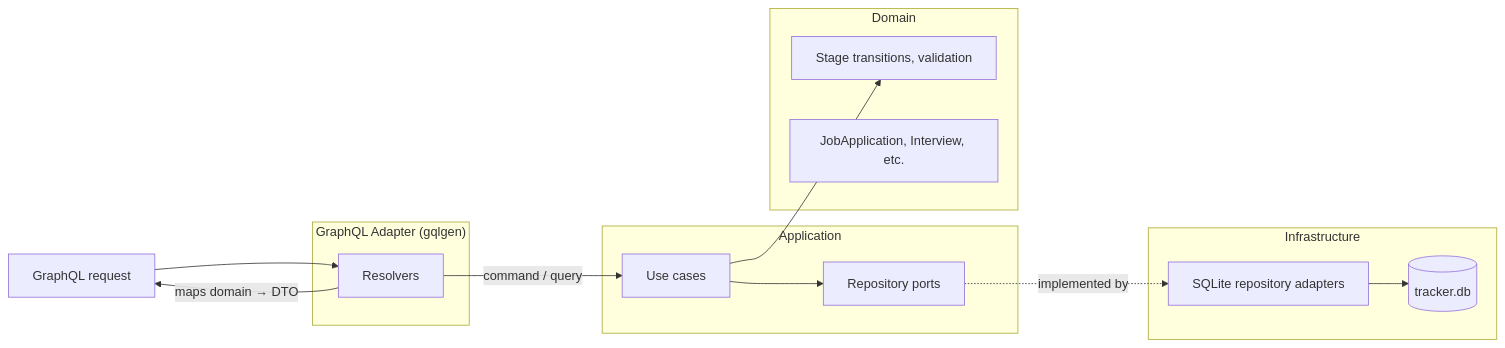
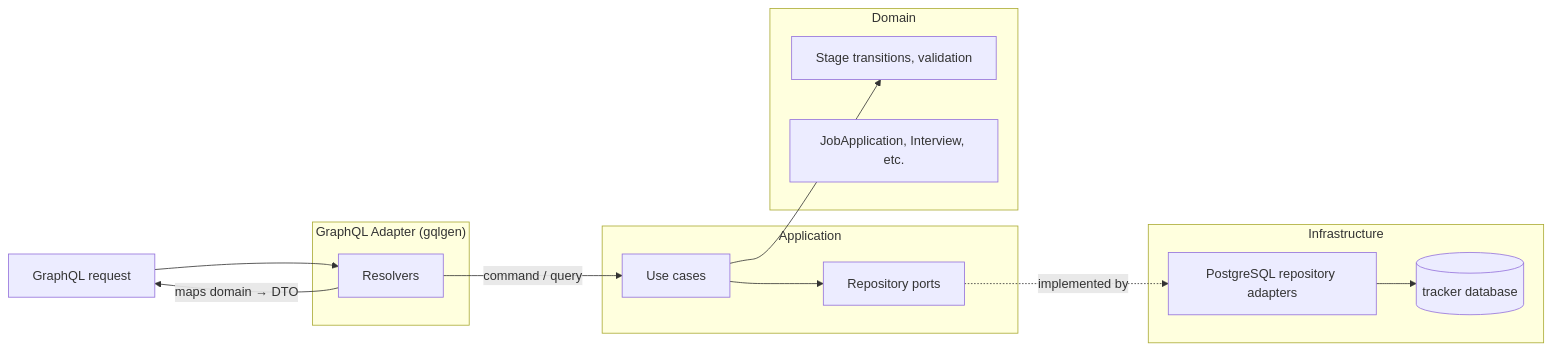
Before and after one commit to tonirilix/career-pipeline: the second of 3 diagrams in README.md, drawn with Mermaid. The commit also changed other lines of this file and 11 other files, not shown here.

````diff
--- a/README.md
+++ b/README.md
@@ -64,31 +66,31 @@
 ```mermaid
 flowchart LR
   GQL[GraphQL request]
 
   subgraph GraphQL["GraphQL Adapter (gqlgen)"]
     Resolver[Resolvers]
   end
 
   subgraph Application
     UseCases[Use cases]
     Ports[Repository ports]
   end
 
   subgraph Domain
     DomainRules[Stage transitions, validation]
     DomainTypes[JobApplication, Interview, etc.]
   end
 
   subgraph Infrastructure
-    SQLite[SQLite repository adapters]
-    DB[(tracker.db)]
+    Postgres[PostgreSQL repository adapters]
+    DB[(tracker database)]
   end
 
   GQL --> Resolver
   Resolver -->|command / query| UseCases
   UseCases --> DomainRules
   UseCases --> Ports
-  Ports -. implemented by .-> SQLite
-  SQLite --> DB
+  Ports -. implemented by .-> Postgres
+  Postgres --> DB
   Resolver -->|maps domain → DTO| GQL
 ```
````
